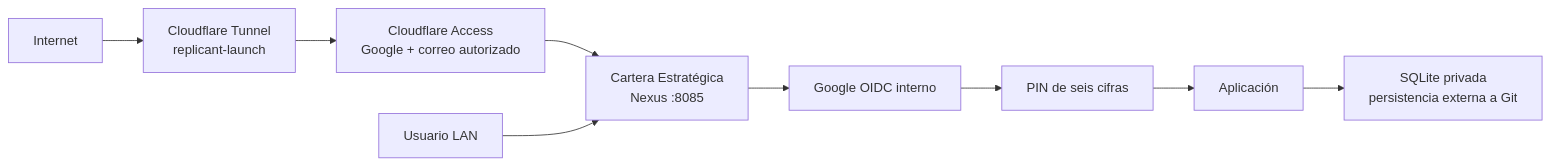
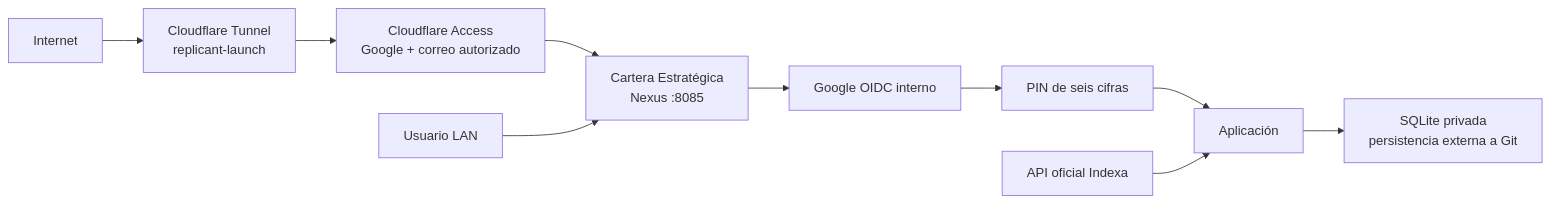
The first of 2 diagrams in docs/aplicaciones/cartera-estrategica.md (ratienza/infra-replicant-lab), drawn with Mermaid before and after one commit. The commit also changed other lines of this file and 37 other files, not shown here.

Commit message:
docs: publish Cartera v2.0.0 architecture and portables

````diff
--- a/docs/aplicaciones/cartera-estrategica.md
+++ b/docs/aplicaciones/cartera-estrategica.md
@@ -31,11 +36,12 @@
 ```mermaid
 flowchart LR
     I["Internet"] --> T["Cloudflare Tunnel<br/>replicant-launch"]
     T --> A["Cloudflare Access<br/>Google + correo autorizado"]
     A --> CE["Cartera Estratégica<br/>Nexus :8085"]
     CE --> O["Google OIDC interno"]
     O --> P["PIN de seis cifras"]
     P --> APP["Aplicación"]
     APP --> DB["SQLite privada<br/>persistencia externa a Git"]
     L["Usuario LAN"] --> CE
+    API["API oficial Indexa"] --> APP
 ```
````
